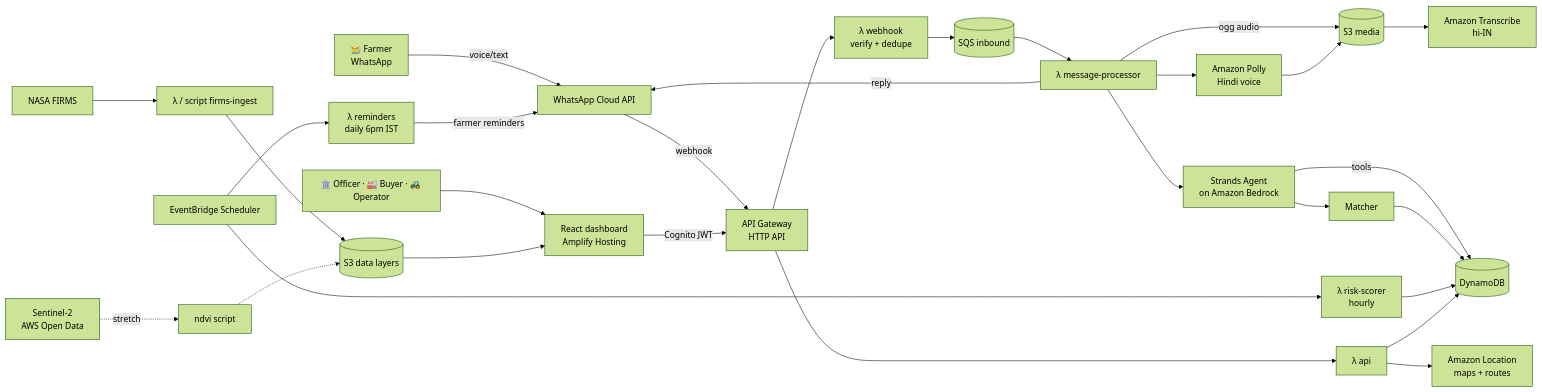
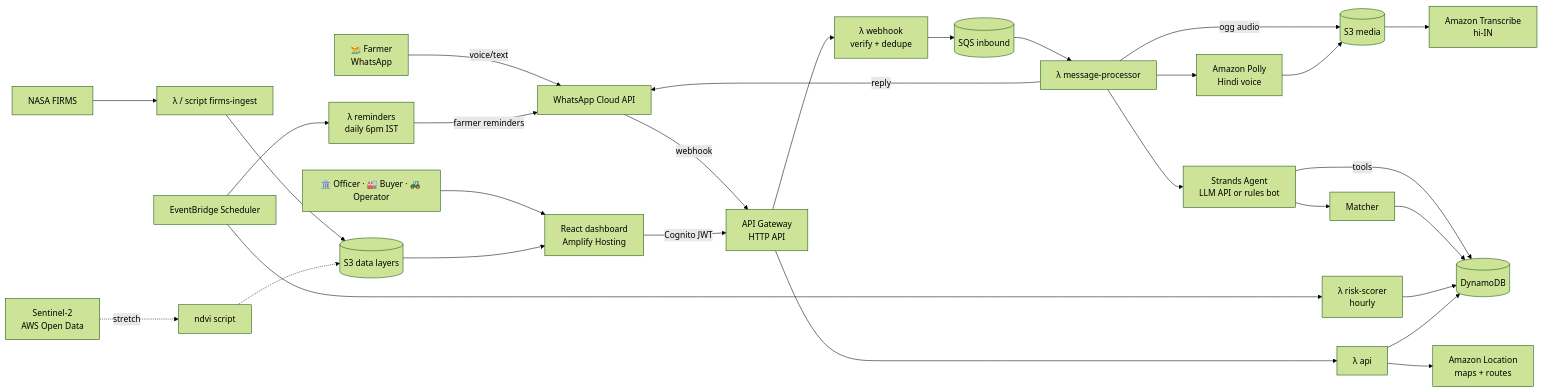
Before and after one commit to sanskarjoshiii/clearsky: the diagram in README.md, drawn with Mermaid (forest theme). The commit also changed other lines of this file and 17 other files, not shown here.

````diff
--- a/README.md
+++ b/README.md
@@ -87,32 +87,32 @@
 ```mermaid
 flowchart LR
   F[👨‍🌾 Farmer<br/>WhatsApp] -->|voice/text| WA[WhatsApp Cloud API]
   WA -->|webhook| APIGW[API Gateway<br/>HTTP API]
   APIGW --> WH[λ webhook<br/>verify + dedupe]
   WH --> SQS[(SQS inbound)]
   SQS --> PROC[λ message-processor]
   PROC -->|ogg audio| S3A[(S3 media)]
   S3A --> TR[Amazon Transcribe<br/>hi-IN]
-  PROC --> AG[Strands Agent<br/>on Amazon Bedrock]
+  PROC --> AG[Strands Agent<br/>LLM API or rules bot]
   AG -->|tools| DDB[(DynamoDB)]
   AG --> MT[Matcher]
   MT --> DDB
   PROC --> PL[Amazon Polly<br/>Hindi voice]
   PL --> S3A
   PROC -->|reply| WA
 
   SCH[EventBridge Scheduler] --> RISK[λ risk-scorer<br/>hourly]
   SCH --> REM[λ reminders<br/>daily 6pm IST]
   RISK --> DDB
   REM -->|farmer reminders| WA
 
   U[🏛️ Officer · 🏭 Buyer · 🚜 Operator] --> DASH
   DASH[React dashboard<br/>Amplify Hosting] -->|Cognito JWT| APIGW
   APIGW --> API[λ api]
   API --> DDB
   API --> LOC[Amazon Location<br/>maps + routes]
 
   FIRMS[NASA FIRMS] --> ING[λ / script firms-ingest] --> S3D[(S3 data layers)]
   S2[Sentinel-2<br/>AWS Open Data] -.stretch.-> NDVI[ndvi script] -.-> S3D
   S3D --> DASH
 ```
````
